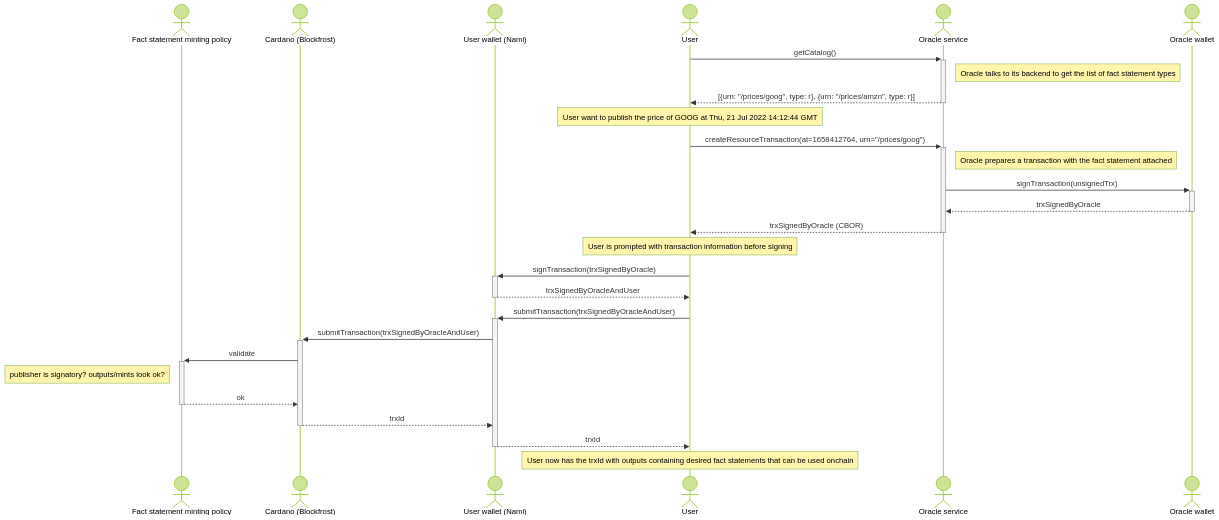
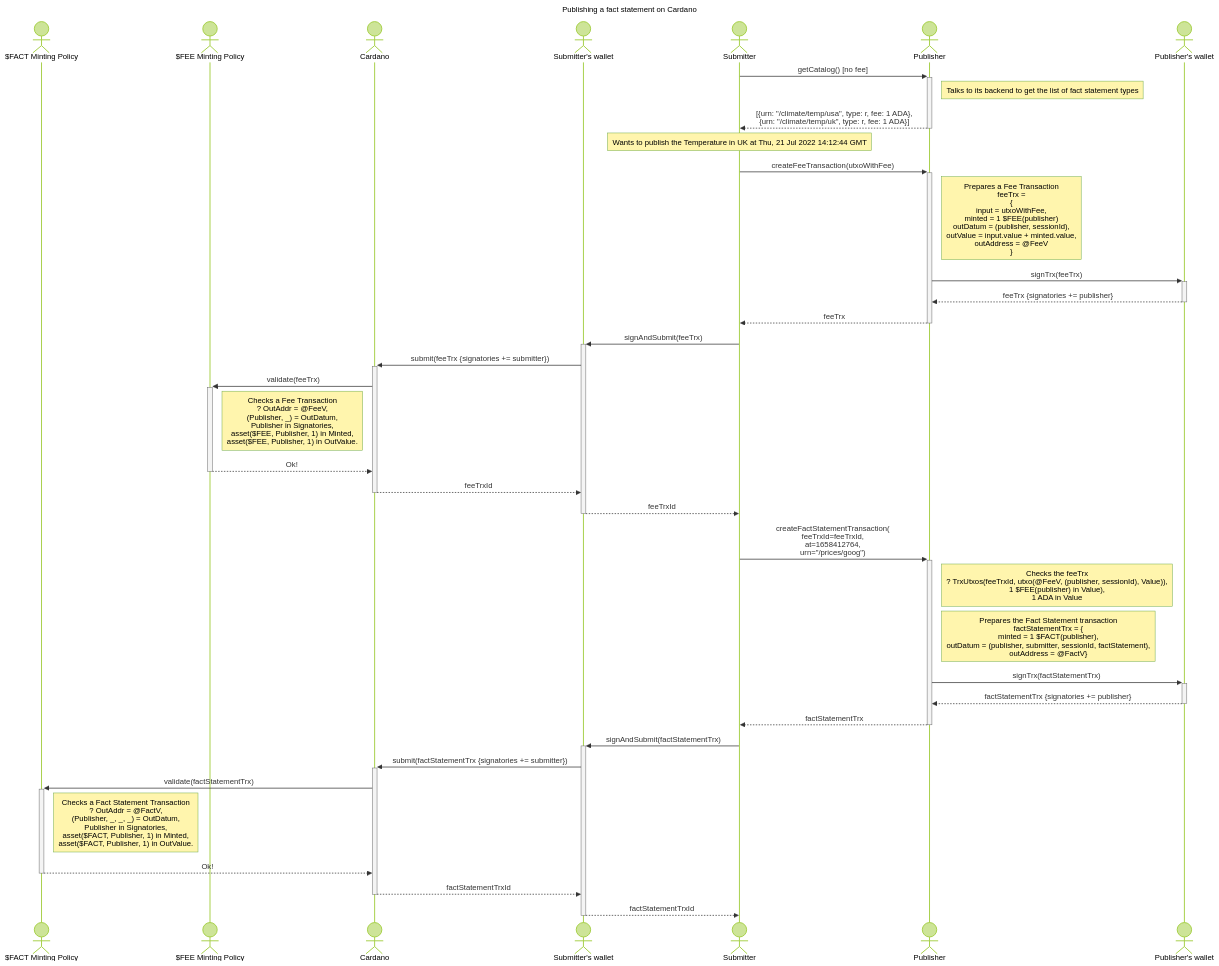
The diagram in docs/interactions/00-publish-a-fact-statement.md (mlabs-haskell/cardano-open-oracle-protocol), drawn with Mermaid (forest theme) before and after one commit. The commit also changed other lines of this file, not shown here.

Commit message:
Add a 'complete' draft of the Publishing protocol

````diff
--- a/docs/interactions/00-publish-a-fact-statement.md
+++ b/docs/interactions/00-publish-a-fact-statement.md
@@ -3,33 +11,43 @@
 ```mermaid
 sequenceDiagram
-  actor resourceMp as Fact statement minting policy
-  actor cardano as Cardano (Blockfrost)
-  actor userWallet as User wallet (Nami)
-  actor user as User
-  actor oracle as Oracle service
-  actor oracleWallet as Oracle wallet
+  title Publishing a fact statement on Cardano
+  actor factMp as $FACT Minting Policy
+  actor feeMp as $FEE Minting Policy
+  actor cardano as Cardano
+  actor submitterWallet as Submitter's wallet
+  actor submitter as Submitter
+  actor publisher as Publisher
+  actor publisherWallet as Publisher's wallet
 
-  user ->>+ oracle: getCatalog()
-  note right of oracle: Oracle talks to its backend to get the list of fact statement types
-  oracle -->>- user: [{urn: "/prices/goog", type: r}, {urn: "/prices/amzn", type: r}]
-    
-  note over user: User want to publish the price of GOOG at Thu, 21 Jul 2022 14:12:44 GMT
-  user ->>+ oracle: createResourceTransaction(at=1658412764, urn="/prices/goog")
-  note right of oracle: Oracle prepares a transaction with the fact statement attached
-  oracle ->>+ oracleWallet: signTransaction(unsignedTrx)
-  oracleWallet -->>- oracle: trxSignedByOracle
-  oracle -->>- user: trxSignedByOracle (CBOR)
+  submitter ->>+ publisher: getCatalog() [no fee]
+  note right of publisher: Talks to its backend to get the list of fact statement types
+  publisher -->>- submitter: [{urn: "/climate/temp/usa", type: r, fee: 1 ADA},<br />{urn: "/climate/temp/uk", type: r, fee: 1 ADA}]
+  note over submitter: Wants to publish the Temperature in UK at Thu, 21 Jul 2022 14:12:44 GMT
+
+  submitter ->>+ publisher: createFeeTransaction(utxoWithFee)
+  note right of publisher: Prepares a Fee Transaction<br/>feeTrx = <br/>{<br/>input = utxoWithFee,<br/>minted = 1 $FEE(publisher)<br/>outDatum = (publisher, sessionId),<br/>outValue = input.value + minted.value,<br/>outAddress = @FeeV<br/>}
+    publisher ->>+ publisherWallet: signTrx(feeTrx)
+    publisherWallet -->>- publisher: feeTrx {signatories += publisher}
+  publisher -->>- submitter: feeTrx
+  submitter ->>+ submitterWallet: signAndSubmit(feeTrx)
+    submitterWallet ->>+ cardano: submit(feeTrx {signatories += submitter})
+      cardano ->>+ feeMp: validate(feeTrx)
+      note right of feeMp: Checks a Fee Transaction<br/>? OutAddr = @FeeV,<br/>(Publisher, _) = OutDatum,<br/>Publisher in Signatories,<br/>asset($FEE, Publisher, 1) in Minted,<br/>asset($FEE, Publisher, 1) in OutValue.
+      feeMp -->>- cardano: Ok!
+    cardano -->>- submitterWallet: feeTrxId
+  submitterWallet -->>- submitter: feeTrxId
   
-  note over user: User is prompted with transaction information before signing
-  user ->>+ userWallet: signTransaction(trxSignedByOracle)
-  userWallet -->>- user: trxSignedByOracleAndUser
-
-  user ->>+ userWallet: submitTransaction(trxSignedByOracleAndUser)
-  userWallet ->>+ cardano: submitTransaction(trxSignedByOracleAndUser)
-  cardano ->>+ resourceMp: validate
-  note left of resourceMp: publisher is signatory? outputs/mints look ok?
-  resourceMp -->>- cardano: ok
-  cardano -->>- userWallet: trxId
-  userWallet -->>- user: trxId
-  note over user: User now has the trxId with outputs containing desired fact statements that can be used onchain
+  submitter ->>+ publisher: createFactStatementTransaction(<br />feeTrxId=feeTrxId,<br />at=1658412764,<br />urn="/prices/goog")
+  note right of publisher: Checks the feeTrx<br/>? TrxUtxos(feeTrxId, utxo(@FeeV, (publisher, sessionId), Value)),<br/>1 $FEE(publisher) in Value),<br/>1 ADA in Value
+  note right of publisher: Prepares the Fact Statement transaction<br/>factStatementTrx = {<br/>minted = 1 $FACT(publisher), <br/>outDatum = (publisher, submitter, sessionId, factStatement),<br/>outAddress = @FactV}
+    publisher ->>+ publisherWallet: signTrx(factStatementTrx)
+    publisherWallet -->>- publisher: factStatementTrx {signatories += publisher}
+  publisher -->>- submitter: factStatementTrx
+  submitter ->>+ submitterWallet: signAndSubmit(factStatementTrx)
+      submitterWallet ->>+ cardano: submit(factStatementTrx {signatories += submitter})
+      cardano ->>+ factMp: validate(factStatementTrx)
+      note right of factMp: Checks a Fact Statement Transaction<br/>? OutAddr = @FactV,<br/>(Publisher, _, _, _) = OutDatum,<br/>Publisher in Signatories,<br/>asset($FACT, Publisher, 1) in Minted,<br/>asset($FACT, Publisher, 1) in OutValue.
+      factMp -->>- cardano: Ok!
+    cardano -->>- submitterWallet: factStatementTrxId
+  submitterWallet -->>- submitter: factStatementTrxId
 ```
````
